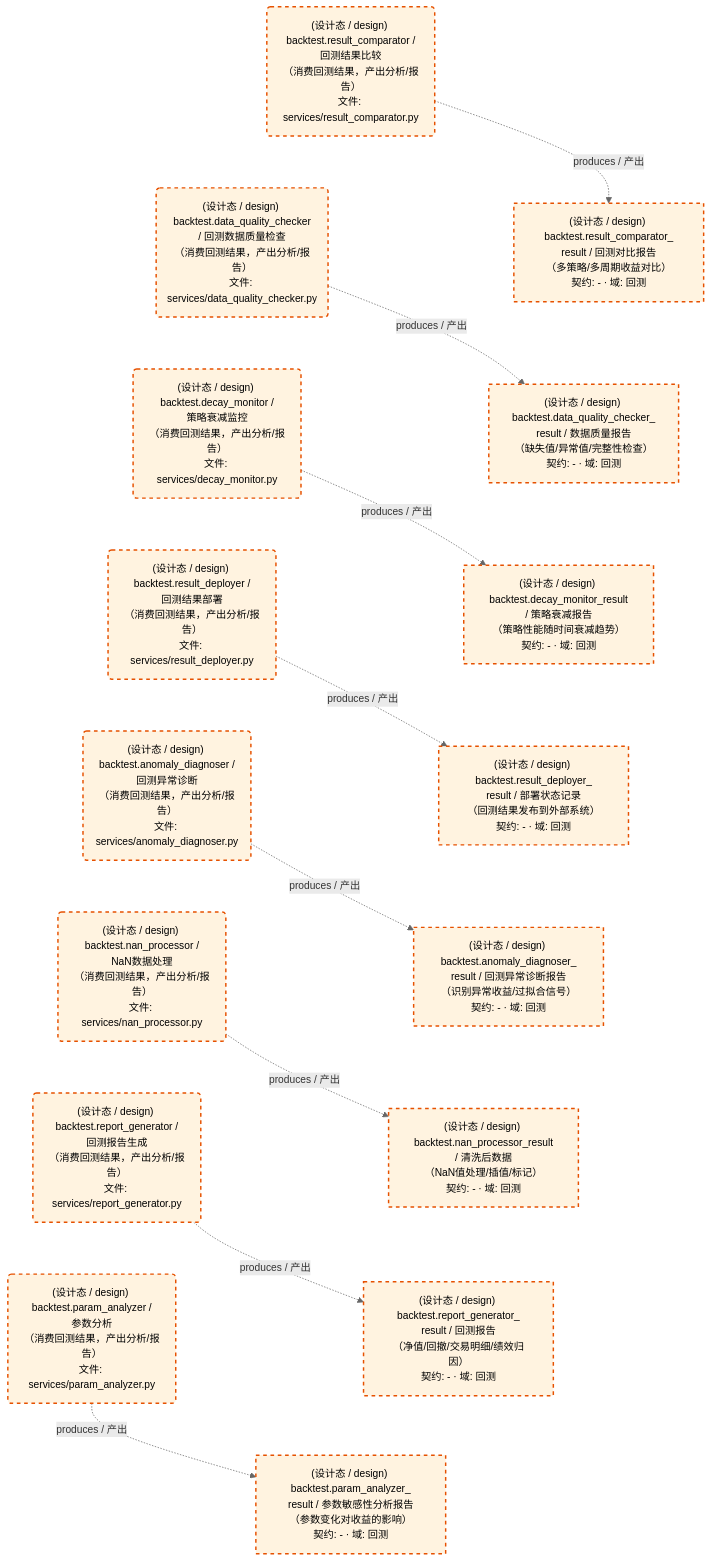
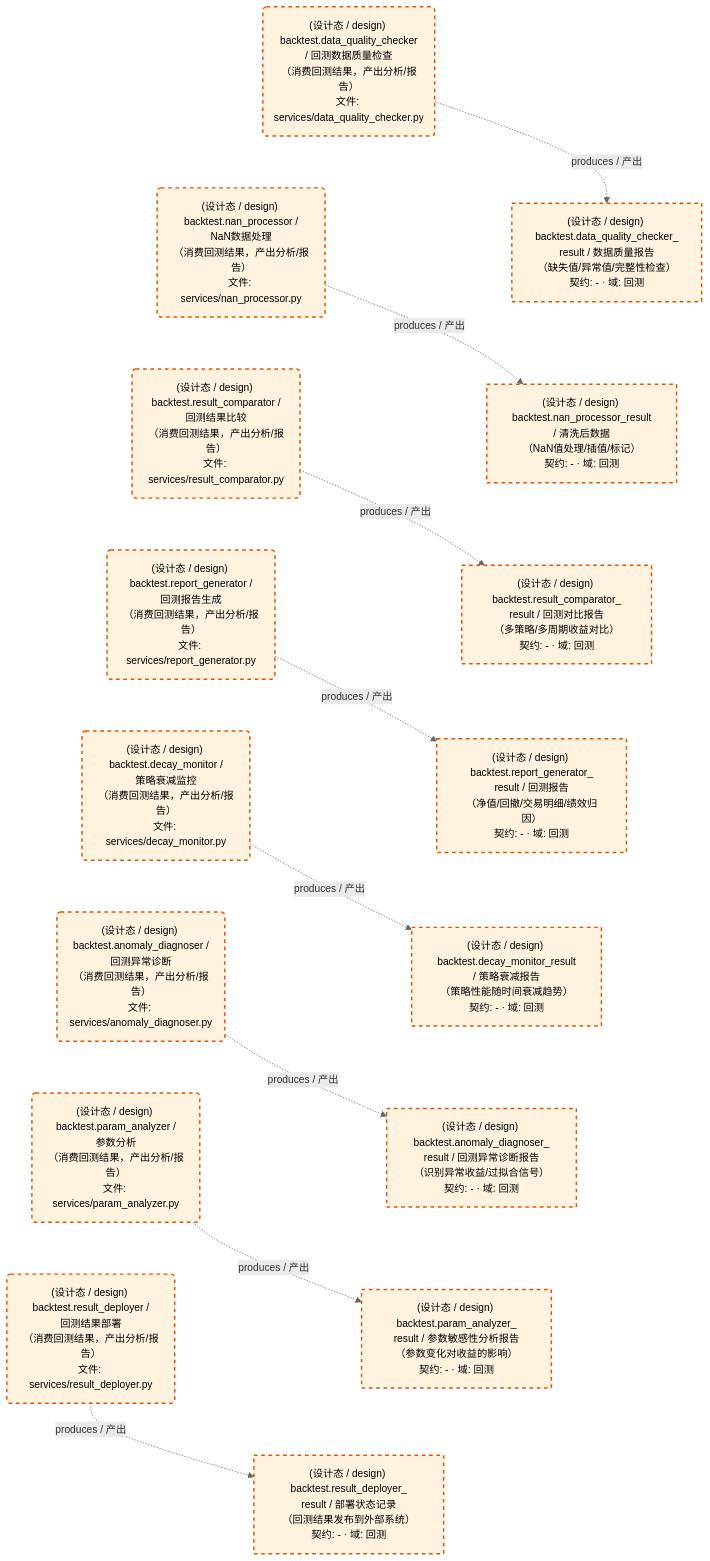
One commit to xuanFelixVan/ZephyrAlpha changed the third of 3 diagrams in docs/02_enterprise_architecture/05_dataflow_architecture/d_backtest.md. Above: the diagram before and after it, drawn with Mermaid. The commit also changed other lines of this file and 106 other files, not shown here.

````diff
--- a/docs/02_enterprise_architecture/05_dataflow_architecture/d_backtest.md
+++ b/docs/02_enterprise_architecture/05_dataflow_architecture/d_backtest.md
@@ -160,47 +160,47 @@
 ```mermaid
 %%{init: {'theme': 'base', 'themeVariables': {'primaryColor': '#eaeaea', 'primaryTextColor': '#333333', 'primaryBorderColor': '#666666', 'lineColor': '#666666', 'secondaryColor': '#eaeaea', 'tertiaryColor': '#eaeaea', 'clusterBkg': 'transparent', 'clusterBorder': 'transparent', 'fontSize': '14px'}}}%%
 flowchart TD
     DS11245["(设计态 / design) backtest.anomaly_diagnoser_<br/>result / 回测异常诊断报告<br/>（识别异常收益/过拟合信号）<br/>契约: - · 域: 回测"]
     DS11246["(设计态 / design) backtest.data_quality_checker_<br/>result / 数据质量报告<br/>（缺失值/异常值/完整性检查）<br/>契约: - · 域: 回测"]
     DS11247["(设计态 / design) backtest.decay_monitor_result<br/>/ 策略衰减报告<br/>（策略性能随时间衰减趋势）<br/>契约: - · 域: 回测"]
     DS11248["(设计态 / design) backtest.nan_processor_result<br/>/ 清洗后数据<br/>（NaN值处理/插值/标记）<br/>契约: - · 域: 回测"]
     DS11249["(设计态 / design) backtest.param_analyzer_<br/>result / 参数敏感性分析报告<br/>（参数变化对收益的影响）<br/>契约: - · 域: 回测"]
     DS11250["(设计态 / design) backtest.report_generator_<br/>result / 回测报告<br/>（净值/回撤/交易明细/绩效归因）<br/>契约: - · 域: 回测"]
     DS11251["(设计态 / design) backtest.result_comparator_<br/>result / 回测对比报告<br/>（多策略/多周期收益对比）<br/>契约: - · 域: 回测"]
     DS11252["(设计态 / design) backtest.result_deployer_<br/>result / 部署状态记录<br/>（回测结果发布到外部系统）<br/>契约: - · 域: 回测"]
     JOB757609("(设计态 / design) backtest.anomaly_diagnoser /<br/>回测异常诊断<br/>（消费回测结果，产出分析/报告）<br/>文件: services/anomaly_diagnoser.py")
     JOB757610("(设计态 / design) backtest.data_quality_checker<br/>/ 回测数据质量检查<br/>（消费回测结果，产出分析/报告）<br/>文件: services/data_quality_checker.py")
     JOB757611("(设计态 / design) backtest.decay_monitor /<br/>策略衰减监控<br/>（消费回测结果，产出分析/报告）<br/>文件: services/decay_monitor.py")
     JOB757612("(设计态 / design) backtest.nan_processor /<br/>NaN数据处理<br/>（消费回测结果，产出分析/报告）<br/>文件: services/nan_processor.py")
     JOB757613("(设计态 / design) backtest.param_analyzer /<br/>参数分析<br/>（消费回测结果，产出分析/报告）<br/>文件: services/param_analyzer.py")
     JOB757614("(设计态 / design) backtest.report_generator /<br/>回测报告生成<br/>（消费回测结果，产出分析/报告）<br/>文件: services/report_generator.py")
     JOB757615("(设计态 / design) backtest.result_comparator /<br/>回测结果比较<br/>（消费回测结果，产出分析/报告）<br/>文件: services/result_comparator.py")
     JOB757616("(设计态 / design) backtest.result_deployer /<br/>回测结果部署<br/>（消费回测结果，产出分析/报告）<br/>文件: services/result_deployer.py")
     JOB757609 -.->|produces / 产出| DS11245
     JOB757610 -.->|produces / 产出| DS11246
     JOB757611 -.->|produces / 产出| DS11247
     JOB757612 -.->|produces / 产出| DS11248
     JOB757613 -.->|produces / 产出| DS11249
     JOB757614 -.->|produces / 产出| DS11250
     JOB757615 -.->|produces / 产出| DS11251
     JOB757616 -.->|produces / 产出| DS11252
-    JOB757615 ~~~ JOB757610
-    JOB757610 ~~~ JOB757611
-    JOB757611 ~~~ JOB757616
-    JOB757616 ~~~ JOB757609
-    JOB757609 ~~~ JOB757612
-    JOB757612 ~~~ JOB757614
-    JOB757614 ~~~ JOB757613
-    DS11251 ~~~ DS11246
-    DS11246 ~~~ DS11247
-    DS11247 ~~~ DS11252
-    DS11252 ~~~ DS11245
-    DS11245 ~~~ DS11248
-    DS11248 ~~~ DS11250
-    DS11250 ~~~ DS11249
+    JOB757610 ~~~ JOB757612
+    JOB757612 ~~~ JOB757615
+    JOB757615 ~~~ JOB757614
+    JOB757614 ~~~ JOB757611
+    JOB757611 ~~~ JOB757609
+    JOB757609 ~~~ JOB757613
+    JOB757613 ~~~ JOB757616
+    DS11246 ~~~ DS11248
+    DS11248 ~~~ DS11251
+    DS11251 ~~~ DS11250
+    DS11250 ~~~ DS11247
+    DS11247 ~~~ DS11245
+    DS11245 ~~~ DS11249
+    DS11249 ~~~ DS11252
     classDef production fill:#e1f5fe,stroke:#01579b,stroke-width:2px,color:#000
     classDef design fill:#fff3e0,stroke:#e65100,stroke-width:2px,color:#000,stroke-dasharray: 5 5
     classDef external_prod fill:#e8f4fd,stroke:#0277bd,stroke-width:1px,color:#000
     classDef external_design fill:#fff8e7,stroke:#ef6c00,stroke-width:1px,color:#000,stroke-dasharray: 5 5
     class DS11245,DS11246,DS11247,DS11248,DS11249,DS11250,DS11251,DS11252,JOB757609,JOB757610,JOB757611,JOB757612,JOB757613,JOB757614,JOB757615,JOB757616 design
 ```
````
